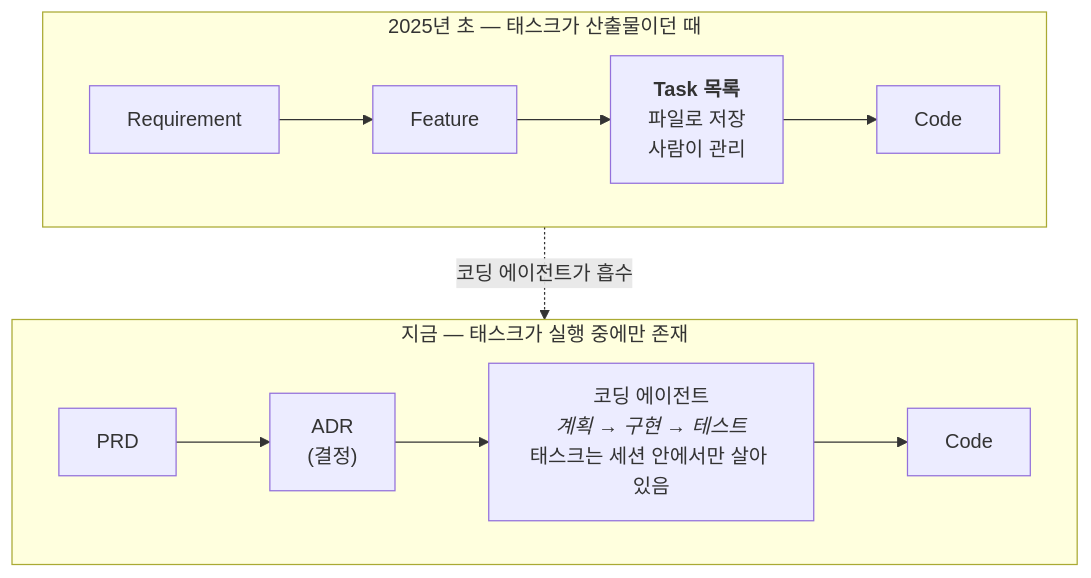
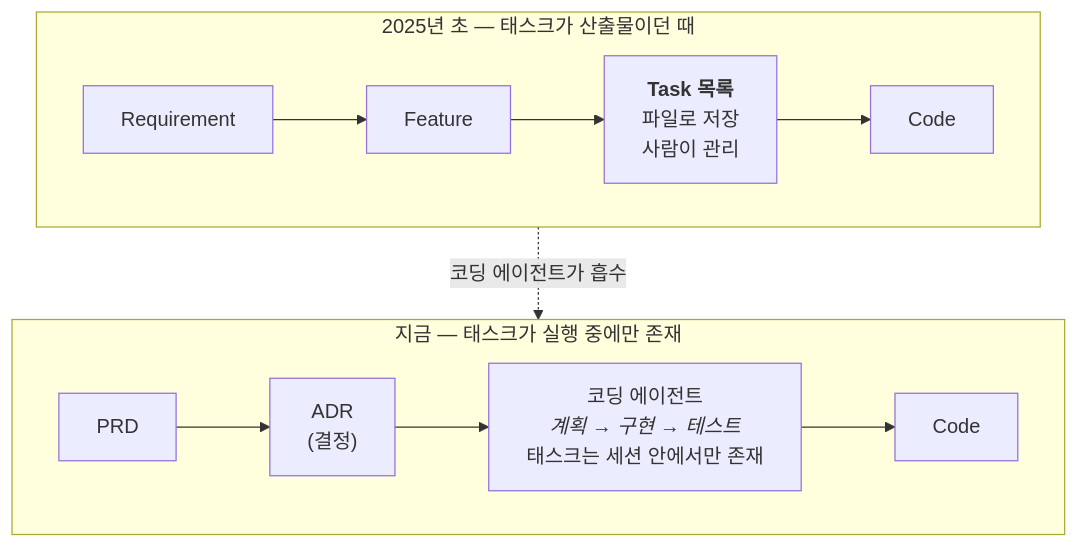
One commit to haandol/haandol.github.com changed the tenth of 11 diagrams in _posts/2026-07-25-alps-adr-abstraction-boundaries.md. Above: the diagram before and after it, drawn with Mermaid. The commit also changed other lines of this file and 24 other files, not shown here.

````diff
--- a/_posts/2026-07-25-alps-adr-abstraction-boundaries.md
+++ b/_posts/2026-07-25-alps-adr-abstraction-boundaries.md
@@ -471,12 +540,12 @@
 ```mermaid
 flowchart TD
     subgraph OLD["2025년 초 — 태스크가 산출물이던 때"]
         direction LR
         R1["Requirement"] --> F1["Feature"] --> T1["<b>Task 목록</b><br/>파일로 저장<br/>사람이 관리"] --> C1["Code"]
     end
     subgraph NEW["지금 — 태스크가 실행 중에만 존재"]
         direction LR
-        R2["PRD"] --> A2["ADR<br/>(결정)"] --> AG["코딩 에이전트<br/><i>계획 → 구현 → 테스트</i><br/>태스크는 세션 안에서만 살아 있음"] --> C2["Code"]
+        R2["PRD"] --> A2["ADR<br/>(결정)"] --> AG["코딩 에이전트<br/><i>계획 → 구현 → 테스트</i><br/>태스크는 세션 안에서만 존재"] --> C2["Code"]
     end
     OLD -.->|"코딩 에이전트가 흡수"| NEW
 ```
````
